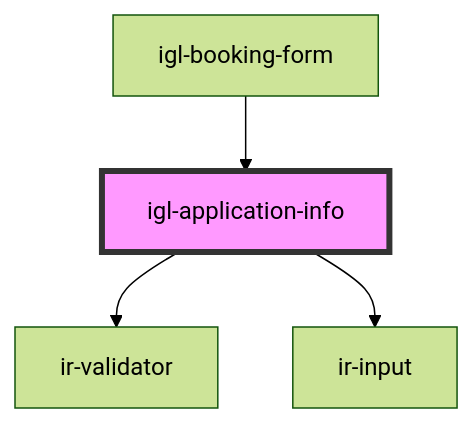
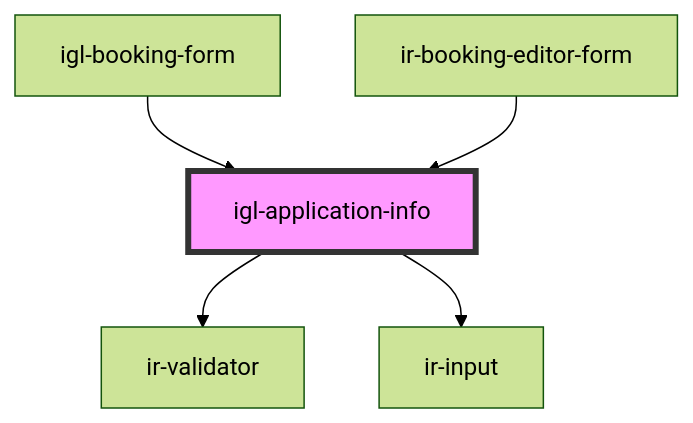
The diagram in src/components/igloo-calendar/igl-book-property/igl-booking-form/igl-application-info/readme.md (RonyRizk/ir-webcmp), drawn with Mermaid (forest theme) before and after one commit. The commit also changed other lines of this file and 235 other files, not shown here.

````diff
--- a/src/components/igloo-calendar/igl-book-property/igl-booking-form/igl-application-info/readme.md
+++ b/src/components/igloo-calendar/igl-book-property/igl-booking-form/igl-application-info/readme.md
@@ -34,7 +43,8 @@
 ```mermaid
 graph TD;
   igl-application-info --> ir-validator
   igl-application-info --> ir-input
   igl-booking-form --> igl-application-info
+  ir-booking-editor-form --> igl-application-info
   style igl-application-info fill:#f9f,stroke:#333,stroke-width:4px
 ```
````
